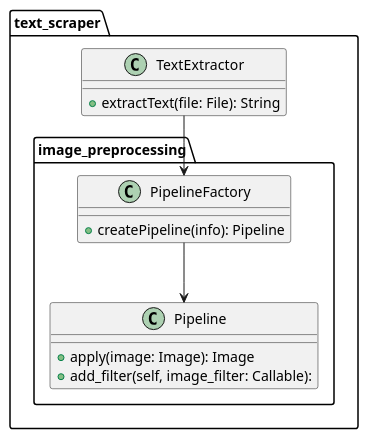
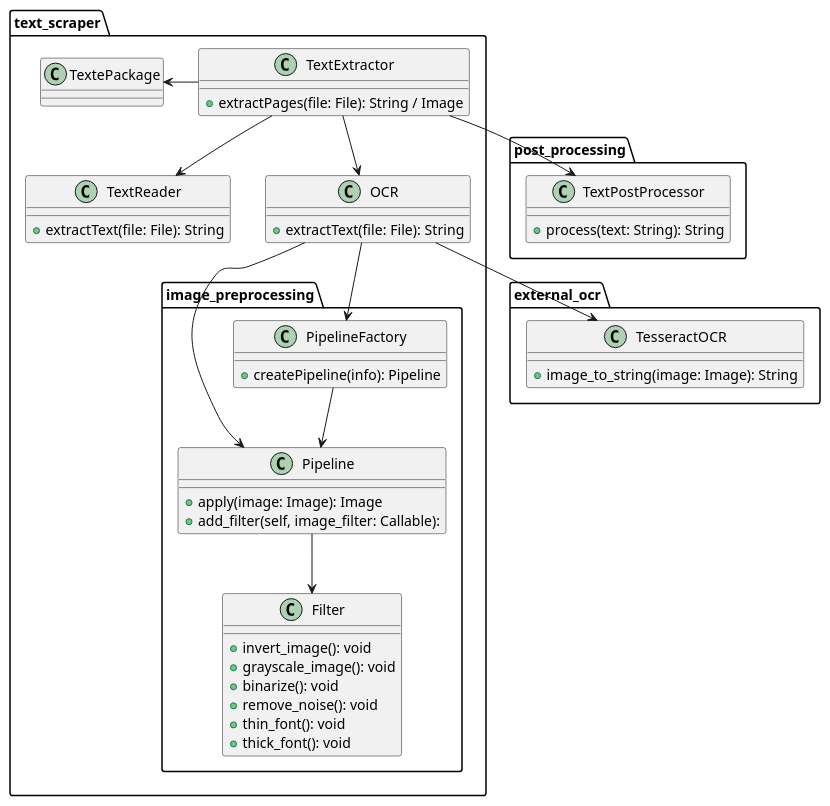
Before and after one commit to tutorai-no/tutor-service: the diagram in docs/diagrams/text_scraper.puml, drawn with PlantUML. The commit also changed 2 other files, not shown here.

Commit message:
refactor: better cohesion between image_filter and pipeline

```diff
--- a/docs/diagrams/text_scraper.puml
+++ b/docs/diagrams/text_scraper.puml
@@ -1,24 +1,78 @@
 @startuml
 
 package text_scraper {
 
     class TextExtractor {
+        + extractPages(file: File): String / Image
+    }
+
+    class TextReader {
         + extractText(file: File): String
     }
+
+    class OCR {
+        + extractText(file: File): String
+    }
+
+
+    class TextePackage{
+    
+    }
+
+
+    
 
     package image_preprocessing {
         class Pipeline {
             + apply(image: Image): Image
             + add_filter(self, image_filter: Callable):
         }
 
         class PipelineFactory {
             + createPipeline(info): Pipeline
         }
+
+        class Filter {
+            + invert_image(): void 
+            + grayscale_image(): void
+            + binarize(): void
+            + remove_noise(): void
+            + thin_font(): void
+            + thick_font(): void
+
+        }
     }
     
-    TextExtractor --> PipelineFactory
+    OCR --> PipelineFactory
+    OCR --> Pipeline
     PipelineFactory --> Pipeline
+
 }
 
+package external_ocr {
+
+    class TesseractOCR {
+        + image_to_string(image: Image): String
+    }
+}
+
+package post_processing {
+
+    class TextPostProcessor {
+        + process(text: String): String
+    }
+}
+
+
+    
+
+
+TextExtractor --> OCR
+TextExtractor --> TextReader
+TextExtractor --> TextPostProcessor
+OCR --> TesseractOCR
+Pipeline --> Filter
+TextExtractor -left-> TextePackage
+
+
 @enduml
```
